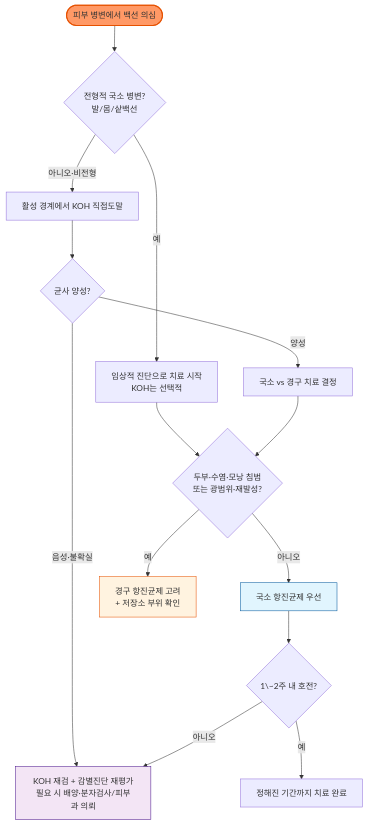
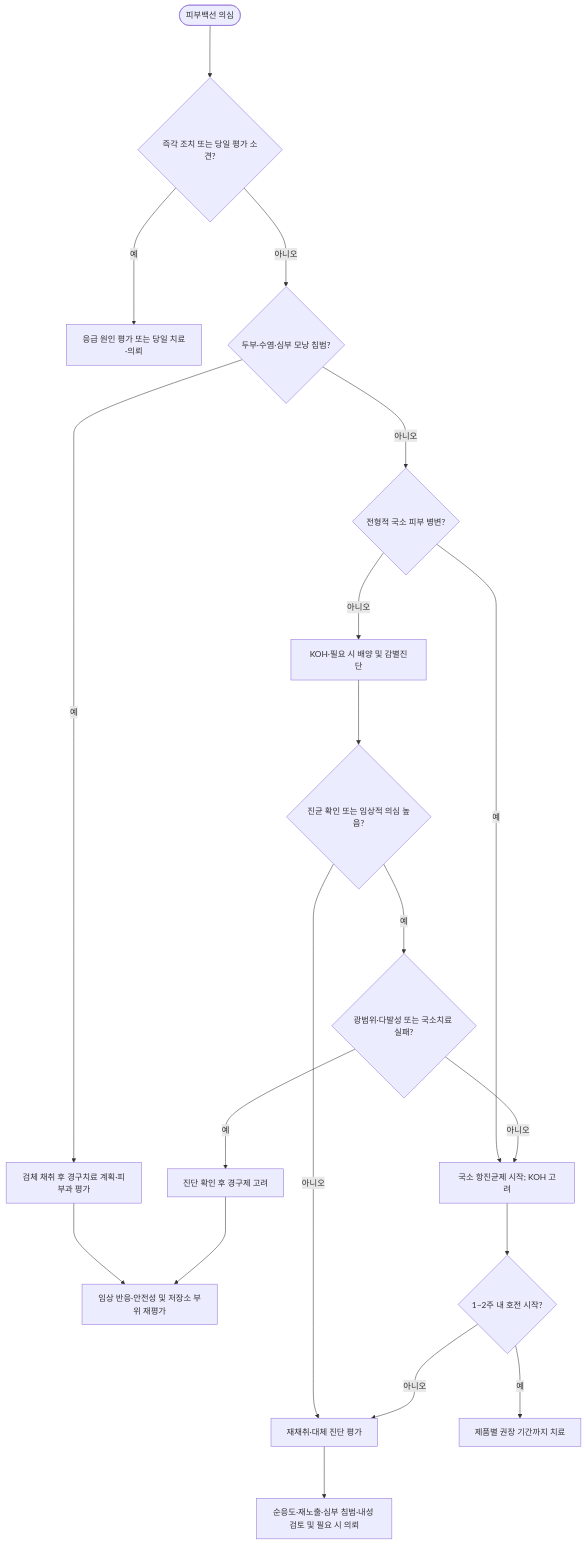
The diagram in 229_/172_-dermatophytosis-tinea.md (familyoh77/familyoh77), drawn with Mermaid before and after one commit. The commit also changed other lines of this file, not shown here.

````diff
--- a/229_/172_-dermatophytosis-tinea.md
+++ b/229_/172_-dermatophytosis-tinea.md
@@ -145,20 +150,21 @@
 ```mermaid
 graph TD
-    A([피부 병변에서 백선 의심]) --> B{전형적 국소 병변?<br>발/몸/샅백선}
-    B -- 예 --> C[임상적 진단으로 치료 시작<br>KOH는 선택적]
-    B -- 아니오·비전형 --> D[활성 경계에서 KOH 직접도말]
-    D --> E{균사 양성?}
-    E -- 양성 --> F[국소 vs 경구 치료 결정]
-    E -- 음성·불확실 --> G[KOH 재검 + 감별진단 재평가<br>필요 시 배양·분자검사/피부과 의뢰]
-    C --> H{두부·수염·모낭 침범<br>또는 광범위·재발성?}
-    F --> H
-    H -- 아니오 --> I[국소 항진균제 우선]
-    H -- 예 --> J[경구 항진균제 고려<br>+ 저장소 부위 확인]
-    I --> K{1\~2주 내 호전?}
-    K -- 아니오 --> G
-    K -- 예 --> L[정해진 기간까지 치료 완료]
-    style A fill:#f96,stroke:#e65100,stroke-width:2px
-    style J fill:#fff3e0,stroke:#e65100
-    style G fill:#f3e5f5,stroke:#4a148c
-    style I fill:#e1f5fe,stroke:#01579b
+    A(["피부백선 의심"]) ---> B{"즉각 조치 또는 당일 평가 소견?"}
+    B -- 예 ---> C["응급 원인 평가 또는 당일 치료·의뢰"]
+    B -- 아니오 ---> D{"두부·수염·심부 모낭 침범?"}
+    D -- 예 ---> E["검체 채취 후 경구치료 계획·피부과 평가"]
+    D -- 아니오 ---> F{"전형적 국소 피부 병변?"}
+    F -- 예 ---> G["국소 항진균제 시작; KOH 고려"]
+    F -- 아니오 ---> H["KOH·필요 시 배양 및 감별진단"]
+    H ---> I{"진균 확인 또는 임상적 의심 높음?"}
+    I -- 아니오 ---> J["재채취·대체 진단 평가"]
+    I -- 예 ---> K{"광범위·다발성 또는 국소치료 실패?"}
+    K -- 예 ---> L["진단 확인 후 경구제 고려"]
+    K -- 아니오 ---> G
+    E ---> M["임상 반응·안전성 및 저장소 부위 재평가"]
+    L ---> M
+    G ---> N{"1~2주 내 호전 시작?"}
+    N -- 예 ---> O["제품별 권장 기간까지 치료"]
+    N -- 아니오 ---> J
+    J ---> P["순응도·재노출·심부 침범·내성 검토 및 필요 시 의뢰"]
 ```
````
